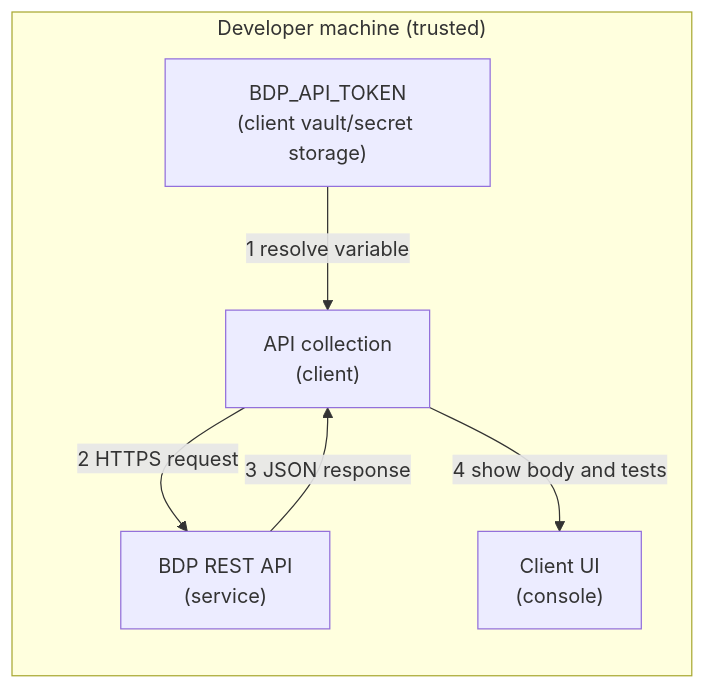
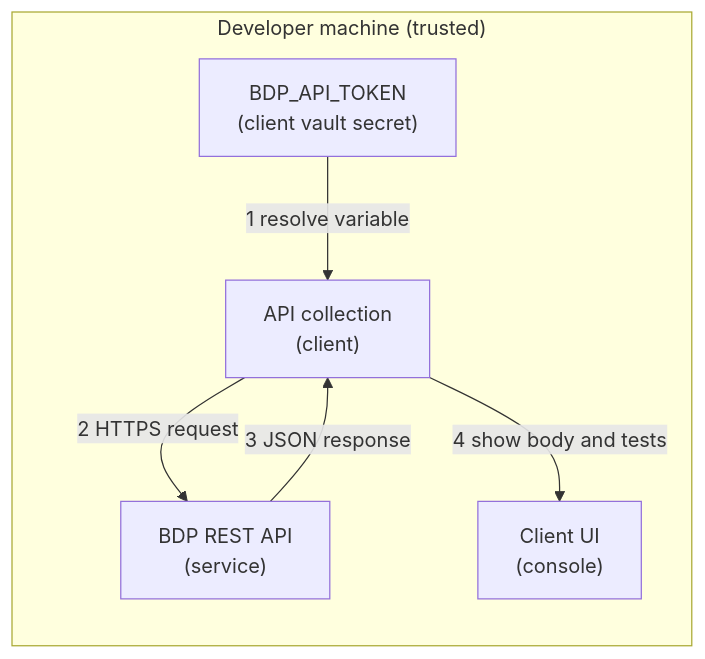
Before and after one commit to SchneiderElectricBuildings/BuildingDataPlatform: the diagram in examples/rest-quickstart-postman/SECURITY.md, drawn with Mermaid. The commit also changed other lines of this file and 7 other files, not shown here.

````diff
--- a/examples/rest-quickstart-postman/SECURITY.md
+++ b/examples/rest-quickstart-postman/SECURITY.md
@@ -60,11 +61,11 @@
 ```mermaid
 flowchart LR
     subgraph local["Developer machine (trusted)"]
-        E["BDP_API_TOKEN<br/>(client vault/secret storage)"]
+        E["BDP_API_TOKEN<br/>(client vault secret)"]
         S["API collection<br/>(client)"]
         E -->|"1 resolve variable"| S
         S -->|"2 HTTPS request"| API["BDP REST API<br/>(service)"]
         API -->|"3 JSON response"| S
         S -->|"4 show body and tests"| OUT["Client UI<br/>(console)"]
     end
 ```
````
